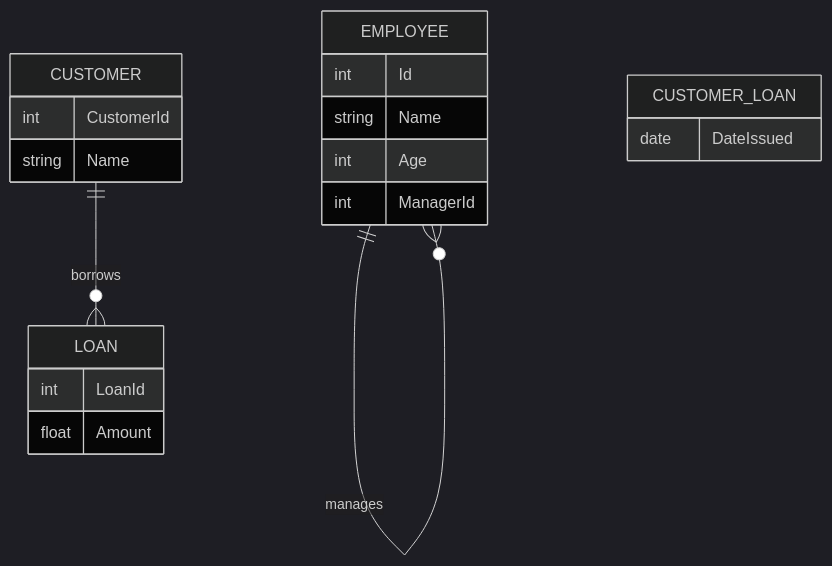
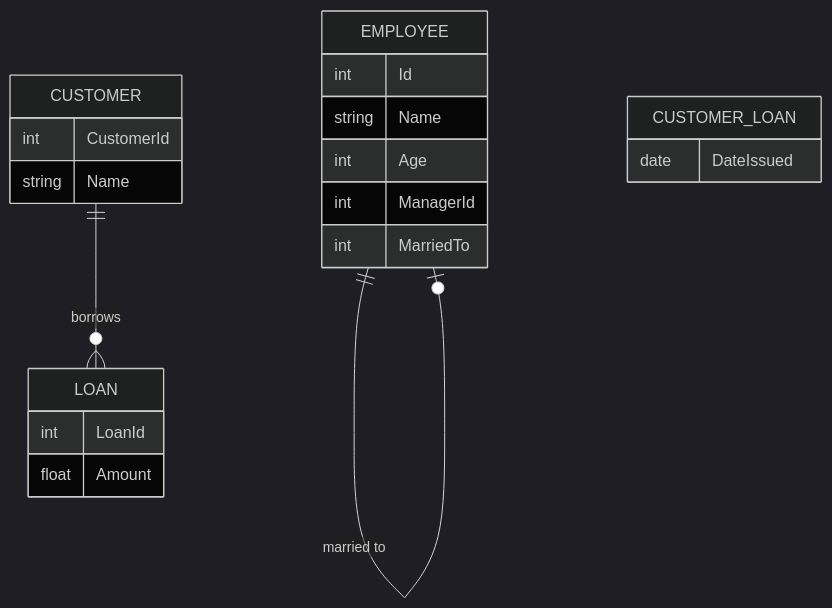
One commit to Moemen99/DataBase-Systems-Design changed the third of 3 diagrams in README.md. Above: the diagram before and after it, drawn with Mermaid (dark theme). The commit also changed other lines of this file, not shown here.

````diff
--- a/README.md
+++ b/README.md
@@ -257,22 +260,24 @@
 ```mermaid
 erDiagram
     EMPLOYEE ||--o{ EMPLOYEE : manages
+    EMPLOYEE ||--o| EMPLOYEE : "married to"
     EMPLOYEE {
         int Id
         string Name
         int Age
         int ManagerId
+        int MarriedTo
     }
     CUSTOMER ||--o{ LOAN : borrows
     LOAN {
         int LoanId
         float Amount
     }
     CUSTOMER {
         int CustomerId
         string Name
     }
     CUSTOMER_LOAN {
         date DateIssued
     }
 ```
````
